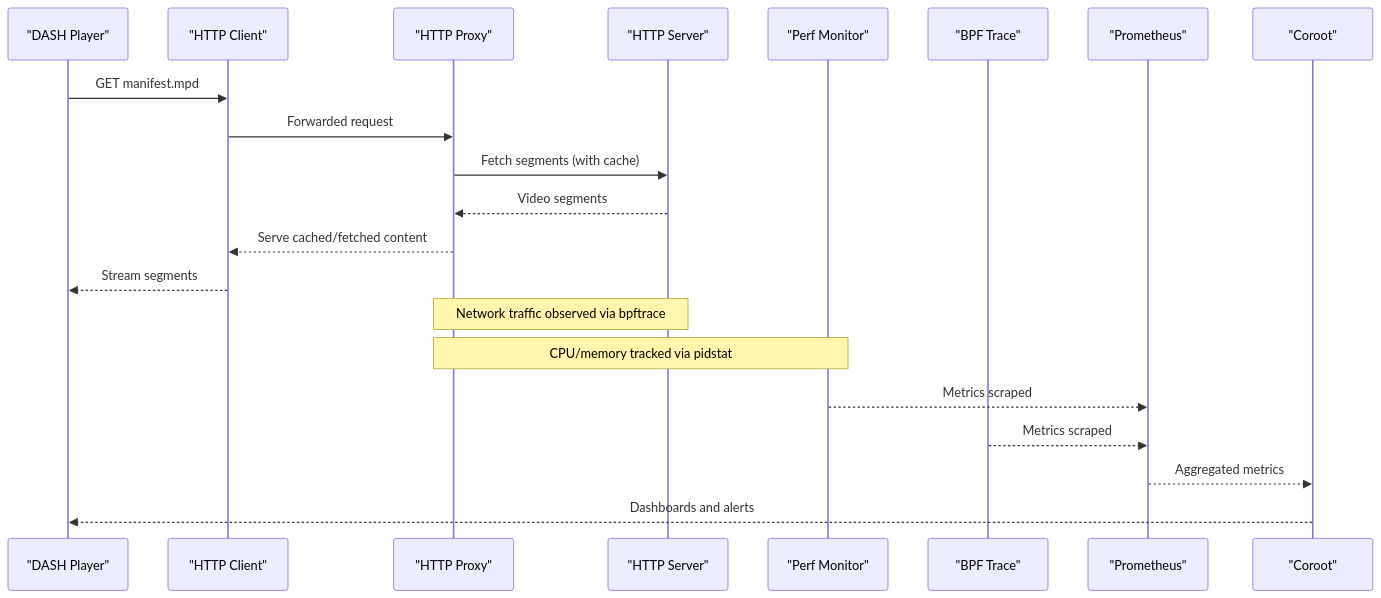
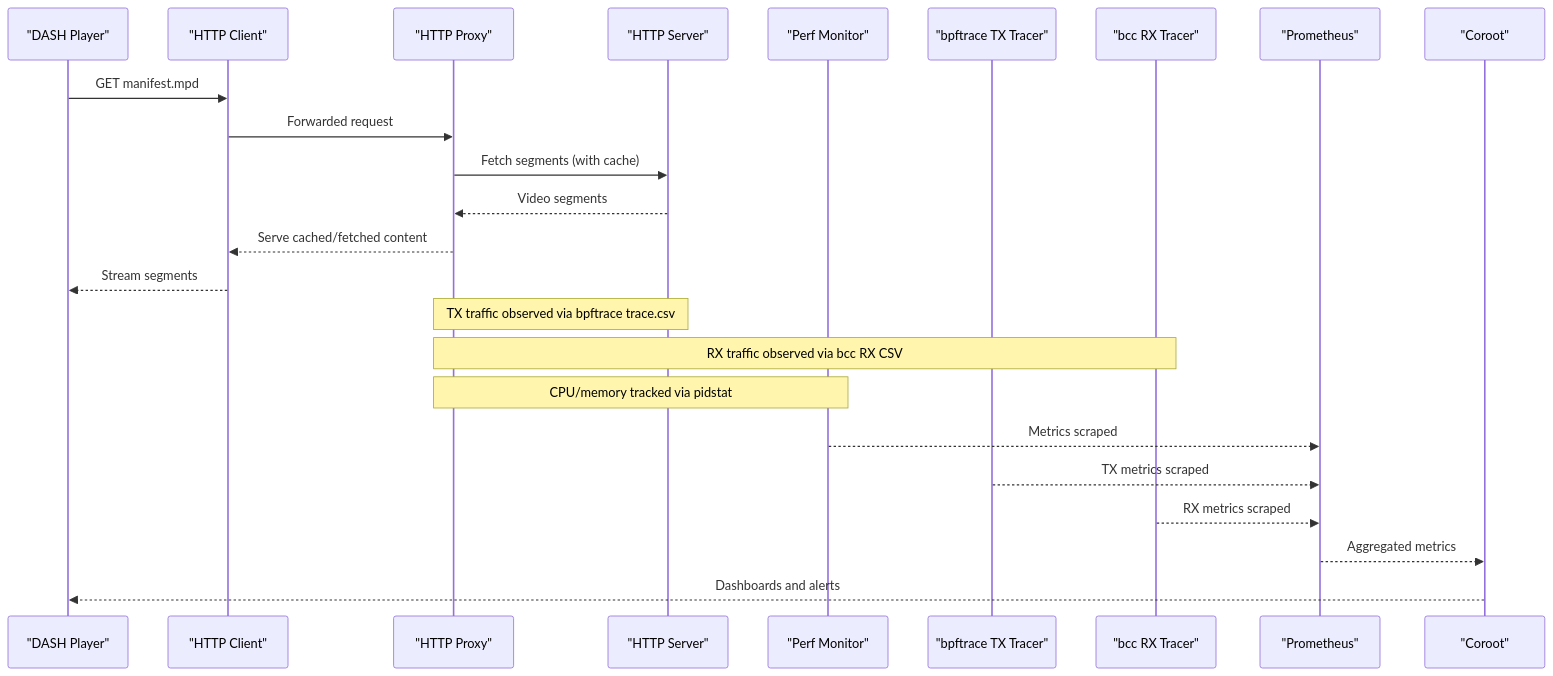
Before and after one commit to Fogus-Gr/MeasurementsDTs: the second of 3 diagrams in .qoder/repowiki/en/content/Integration Components/Network Monitoring System.md, drawn with Mermaid. The commit also changed other lines of this file and 9 other files, not shown here.

````diff
--- a/.qoder/repowiki/en/content/Integration Components/Network Monitoring System.md
+++ b/.qoder/repowiki/en/content/Integration Components/Network Monitoring System.md
@@ -104,23 +127,26 @@
 ```mermaid
 sequenceDiagram
 participant Player as "DASH Player"
 participant Client as "HTTP Client"
 participant Proxy as "HTTP Proxy"
 participant Server as "HTTP Server"
 participant Perf as "Perf Monitor"
-participant Trace as "BPF Trace"
+participant BpfTX as "bpftrace TX Tracer"
+participant BccRX as "bcc RX Tracer"
 participant Prom as "Prometheus"
 participant Coroot as "Coroot"
 Player->>Client : GET manifest.mpd
 Client->>Proxy : Forwarded request
 Proxy->>Server : Fetch segments (with cache)
 Server-->>Proxy : Video segments
 Proxy-->>Client : Serve cached/fetched content
 Client-->>Player : Stream segments
-Note over Proxy,Server : Network traffic observed via bpftrace
+Note over Proxy,Server : TX traffic observed via bpftrace trace.csv
+Note over Proxy,BccRX : RX traffic observed via bcc RX CSV
 Note over Proxy,Perf : CPU/memory tracked via pidstat
 Perf-->>Prom : Metrics scraped
-Trace-->>Prom : Metrics scraped
+BpfTX-->>Prom : TX metrics scraped
+BccRX-->>Prom : RX metrics scraped
 Prom-->>Coroot : Aggregated metrics
 Coroot-->>Player : Dashboards and alerts
 ```
````
